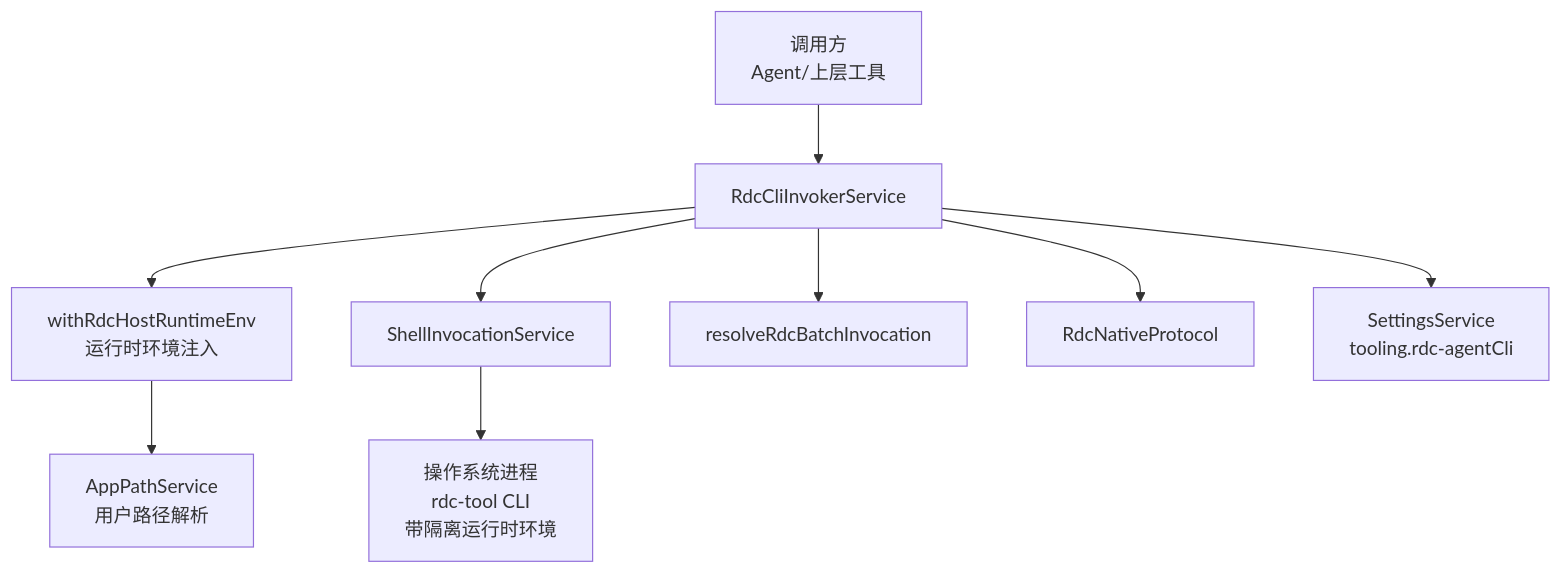
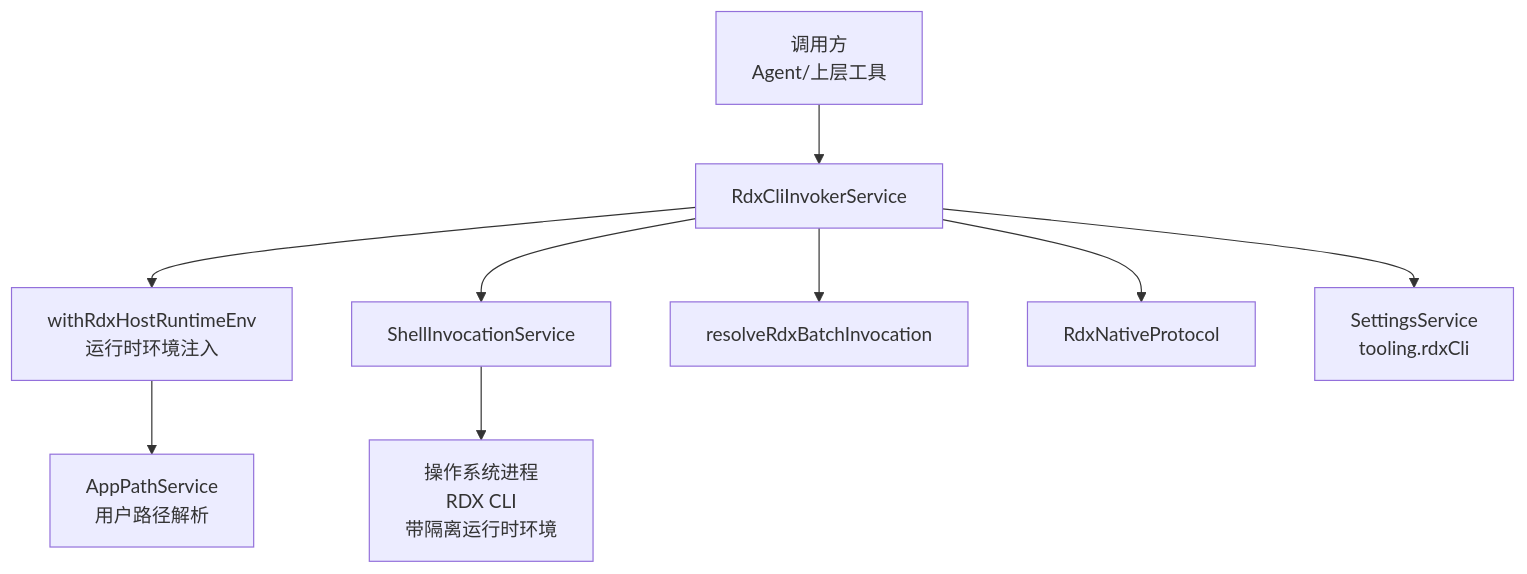
The first of 3 diagrams in .qoder/repowiki/zh/content/架构设计/核心组件设计/CLI调用器设计/CLI调用器服务.md (haolange/RDC-Agent), drawn with Mermaid before and after one commit. The commit also changed other lines of this file and 150 other files, not shown here.

````diff
--- a/.qoder/repowiki/zh/content/架构设计/核心组件设计/CLI调用器设计/CLI调用器服务.md
+++ b/.qoder/repowiki/zh/content/架构设计/核心组件设计/CLI调用器设计/CLI调用器服务.md
@@ -49,11 +49,11 @@
 ```mermaid
 graph TB
-A["调用方<br/>Agent/上层工具"] --> B["RdcCliInvokerService"]
-B --> C["withRdcHostRuntimeEnv<br/>运行时环境注入"]
+A["调用方<br/>Agent/上层工具"] --> B["RdxCliInvokerService"]
+B --> C["withRdxHostRuntimeEnv<br/>运行时环境注入"]
 C --> D["AppPathService<br/>用户路径解析"]
 B --> E["ShellInvocationService"]
-B --> F["resolveRdcBatchInvocation"]
-B --> G["RdcNativeProtocol"]
-B --> H["SettingsService<br/>tooling.rdc-agentCli"]
-E --> I["操作系统进程<br/>rdc-tool CLI<br/>带隔离运行时环境"]
+B --> F["resolveRdxBatchInvocation"]
+B --> G["RdxNativeProtocol"]
+B --> H["SettingsService<br/>tooling.rdxCli"]
+E --> I["操作系统进程<br/>RDX CLI<br/>带隔离运行时环境"]
 ```
````
